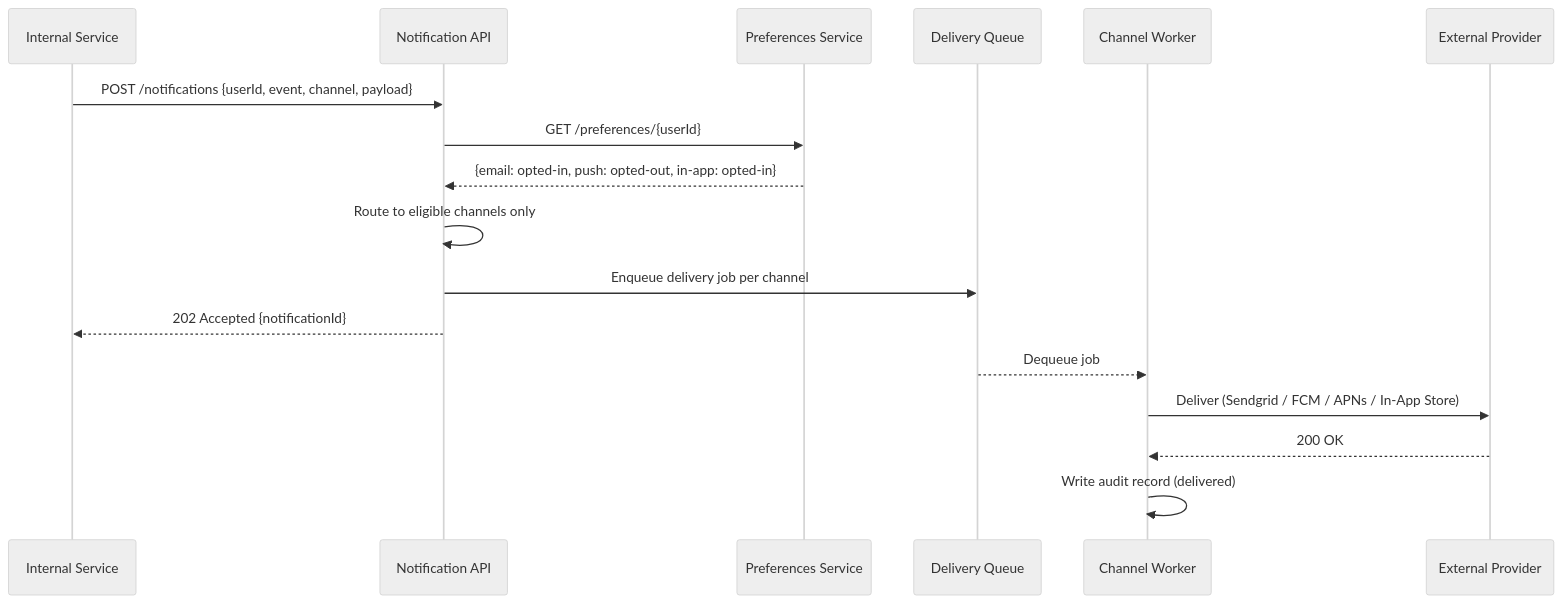
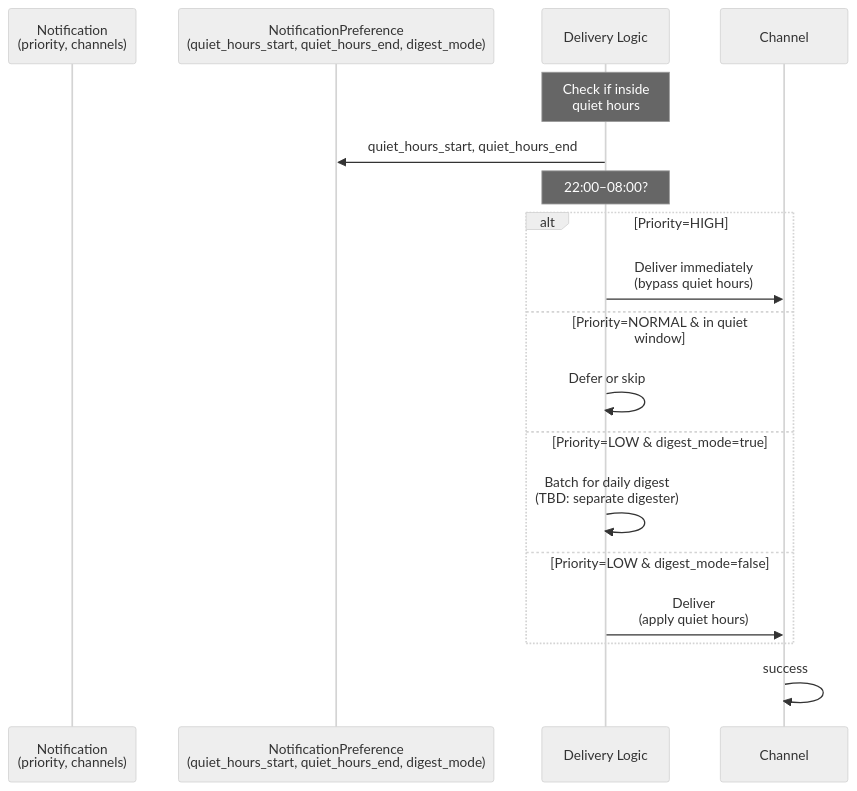
Before and after one commit to hpsgd/claude-marketplace: the second of 2 diagrams in examples/product/internal-docs-writer/skills/write-architecture-doc/result.md, drawn with Mermaid (neutral theme). The commit also changed other lines of this file and 205 other files, not shown here.

````diff
--- a/examples/product/internal-docs-writer/skills/write-architecture-doc/result.md
+++ b/examples/product/internal-docs-writer/skills/write-architecture-doc/result.md
@@ -138,20 +469,23 @@
 ```mermaid
 sequenceDiagram
-    participant Caller as Internal Service
-    participant API as Notification API
-    participant Pref as Preferences Service
-    participant Q as Delivery Queue
-    participant Worker as Channel Worker
-    participant Provider as External Provider
+    participant Notif as Notification<br/>(priority, channels)
+    participant Prefs as NotificationPreference<br/>(quiet_hours_start, quiet_hours_end, digest_mode)
+    participant Worker as Delivery Logic
+    participant InApp as Channel
 
-    Caller->>API: POST /notifications {userId, event, channel, payload}
-    API->>Pref: GET /preferences/{userId}
-    Pref-->>API: {email: opted-in, push: opted-out, in-app: opted-in}
-    API->>API: Route to eligible channels only
-    API->>Q: Enqueue delivery job per channel
-    API-->>Caller: 202 Accepted {notificationId}
-    Q-->>Worker: Dequeue job
-    Worker->>Provider: Deliver (Sendgrid / FCM / APNs / In-App Store)
-    Provider-->>Worker: 200 OK
-    Worker->>Worker: Write audit record (delivered)
+    Note over Worker: Check if inside<br/>quiet hours
+    Worker->>Prefs: quiet_hours_start, quiet_hours_end
+    Note over Worker: 22:00–08:00?
+    
+    alt Priority=HIGH
+        Worker->>InApp: Deliver immediately<br/>(bypass quiet hours)
+    else Priority=NORMAL & in quiet window
+        Worker->>Worker: Defer or skip
+    else Priority=LOW & digest_mode=true
+        Worker->>Worker: Batch for daily digest<br/>(TBD: separate digester)
+    else Priority=LOW & digest_mode=false
+        Worker->>InApp: Deliver<br/>(apply quiet hours)
+    end
+    
+    InApp->>InApp: success
 ```
````
